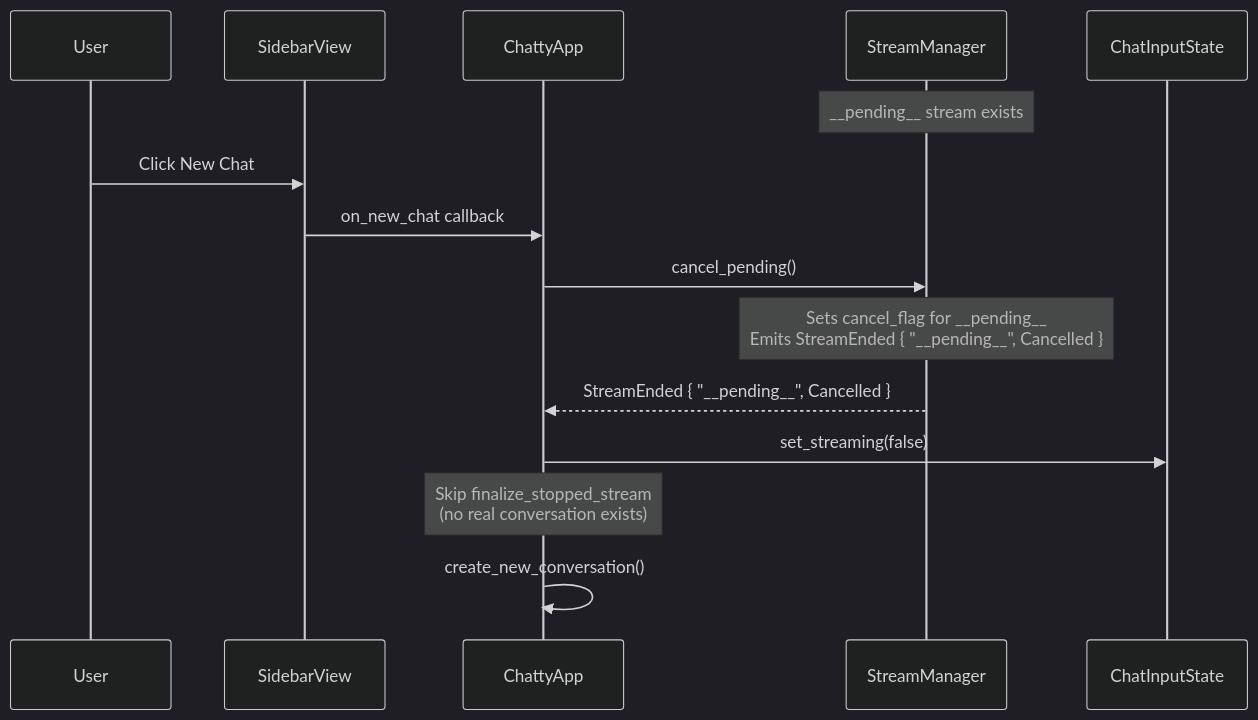
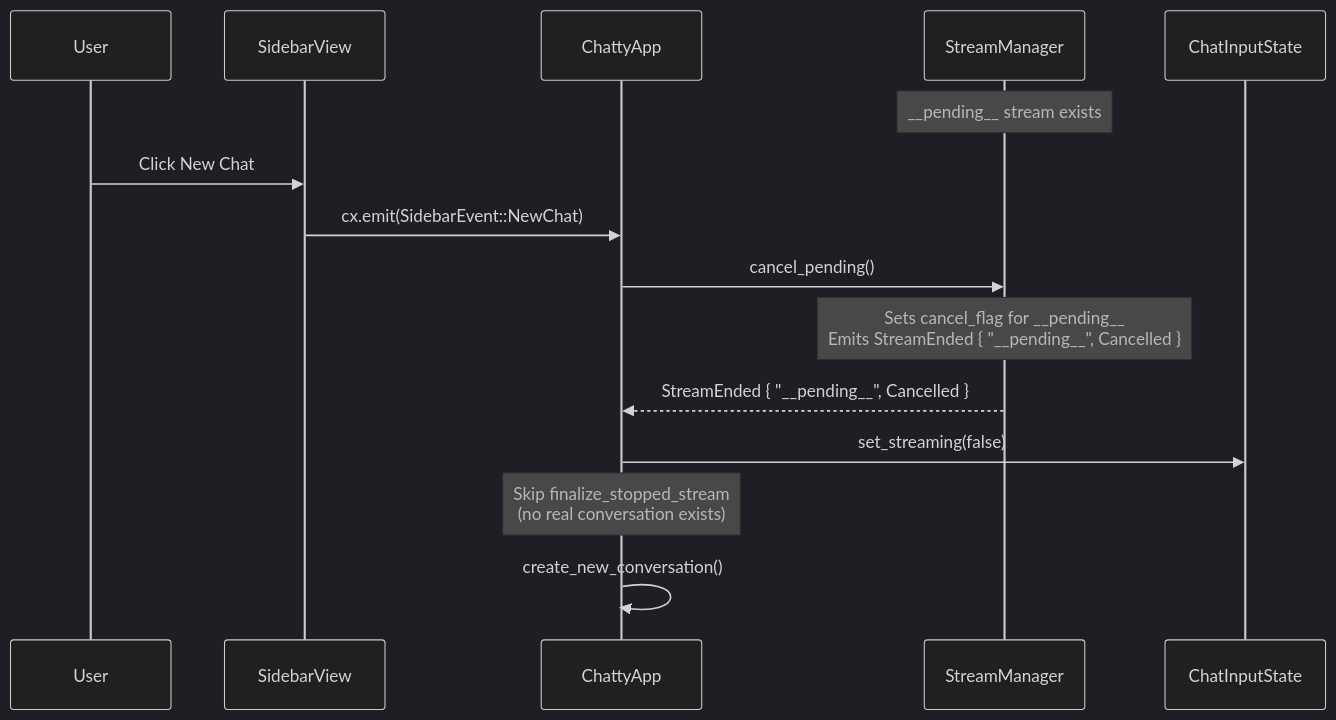
Before and after one commit to boersmamarcel/chatty2: the sixth of 6 diagrams in docs/stream-manager.md, drawn with Mermaid (dark theme). The commit also changed other lines of this file and 4 other files, not shown here.

````diff
--- a/docs/stream-manager.md
+++ b/docs/stream-manager.md
@@ -278,23 +276,23 @@
 ```mermaid
 sequenceDiagram
     participant U as User
     participant SB as SidebarView
     participant CA as ChattyApp
     participant SM as StreamManager
     participant CIS as ChatInputState
 
     Note over SM: __pending__ stream exists
 
     U->>SB: Click New Chat
-    SB->>CA: on_new_chat callback
+    SB->>CA: cx.emit(SidebarEvent::NewChat)
     CA->>SM: cancel_pending()
 
     Note over SM: Sets cancel_flag for __pending__<br/>Emits StreamEnded { "__pending__", Cancelled }
 
     SM-->>CA: StreamEnded { "__pending__", Cancelled }
     CA->>CIS: set_streaming(false)
 
     Note over CA: Skip finalize_stopped_stream<br/>(no real conversation exists)
 
     CA->>CA: create_new_conversation()
 ```
````
